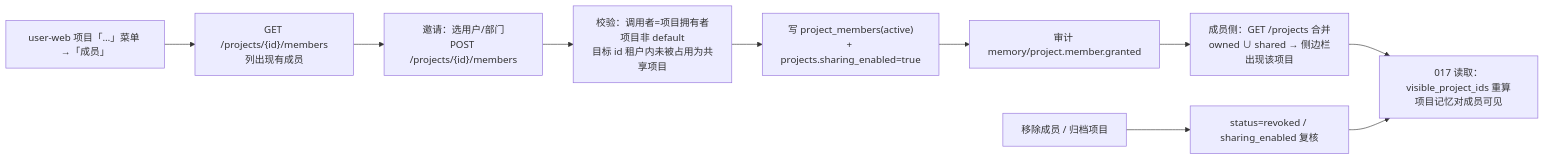
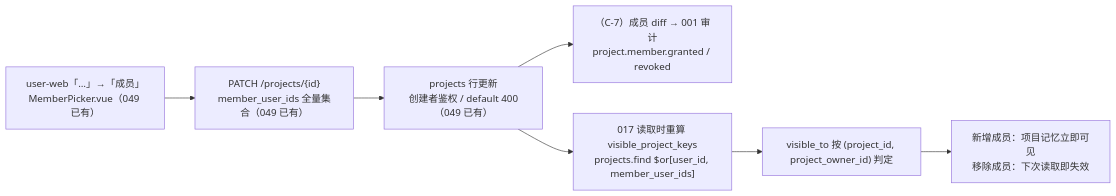
The fifth of 5 diagrams in specs/017-three-scope-memory/design-2026-11-05-project-department-scopes.md (cooper2006/mogo), drawn with Mermaid before and after one commit. The commit also changed other lines of this file and 2 other files, not shown here.

````diff
--- a/specs/017-three-scope-memory/design-2026-11-05-project-department-scopes.md
+++ b/specs/017-three-scope-memory/design-2026-11-05-project-department-scopes.md
@@ -396,12 +499,9 @@
 ```mermaid
 flowchart LR
-  A["user-web 项目「…」菜单 →「成员」"] --> B["GET /projects/{id}/members<br/>列出现有成员"]
-  B --> C["邀请：选用户/部门<br/>POST /projects/{id}/members"]
-  C --> D["校验：调用者=项目拥有者<br/>项目非 default<br/>目标 id 租户内未被占用为共享项目"]
-  D --> E["写 project_members(active)<br/>+ projects.sharing_enabled=true"]
-  E --> F["审计 memory/project.member.granted"]
-  F --> G["成员侧：GET /projects 合并<br/>owned ∪ shared → 侧边栏出现该项目"]
-  G --> H["017 读取：visible_project_ids 重算<br/>项目记忆对成员可见"]
-  I["移除成员 / 归档项目"] --> J["status=revoked / sharing_enabled 复核"]
-  J --> H
+  A["user-web「…」→「成员」<br/>MemberPicker.vue（049 已有）"] --> B["PATCH /projects/{id}<br/>member_user_ids 全量集合（049 已有）"]
+  B --> C["projects 行更新<br/>创建者鉴权 / default 400（049 已有）"]
+  C --> C2["（C-7）成员 diff → 001 审计<br/>project.member.granted / revoked"]
+  C --> D["017 读取时重算 visible_project_keys<br/>projects.find $or[user_id, member_user_ids]"]
+  D --> E["visible_to 按 (project_id, project_owner_id) 判定"]
+  E --> F["新增成员：项目记忆立即可见<br/>移除成员：下次读取即失效"]
 ```
````
